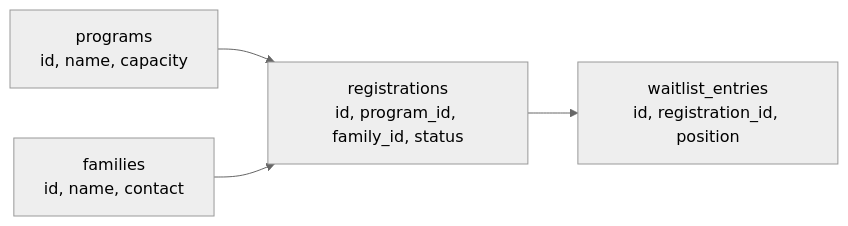
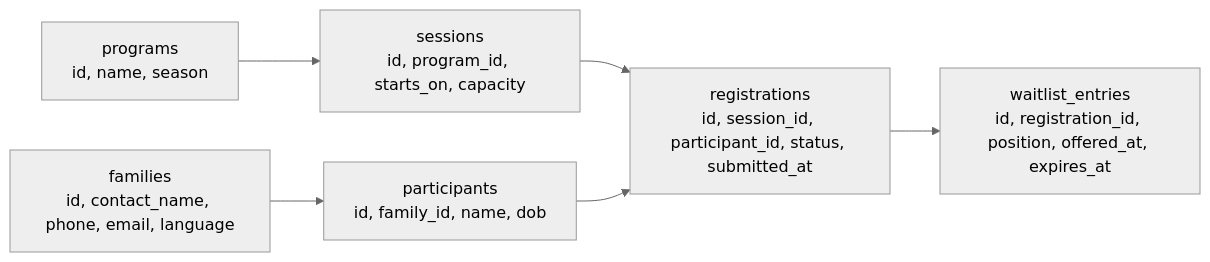
One commit to AutoNateAI/roblox-gamelab-2 changed the first of 2 diagrams in apps/marketplace/content/tutorials/civics-and-agentic-ai/04-from-insight-to-system.md. Above: the diagram before and after it, drawn with Mermaid (neutral theme). The commit also changed other lines of this file and 130 other files, not shown here.

````diff
--- a/apps/marketplace/content/tutorials/civics-and-agentic-ai/04-from-insight-to-system.md
+++ b/apps/marketplace/content/tutorials/civics-and-agentic-ai/04-from-insight-to-system.md
@@ -22,6 +46,8 @@
 ```mermaid
 flowchart LR
-  Programs["programs<br/>id, name, capacity"] --> Registrations["registrations<br/>id, program_id, family_id, status"]
-  Families["families<br/>id, name, contact"] --> Registrations
-  Registrations --> Waitlist["waitlist_entries<br/>id, registration_id, position"]
+  Programs["programs<br/>id, name, season"] --> Sessions["sessions<br/>id, program_id, starts_on, capacity"]
+  Sessions --> Regs["registrations<br/>id, session_id, participant_id, status, submitted_at"]
+  Families["families<br/>id, contact_name, phone, email, language"] --> Parts["participants<br/>id, family_id, name, dob"]
+  Parts --> Regs
+  Regs --> Wait["waitlist_entries<br/>id, registration_id, position, offered_at, expires_at"]
 ```
````
